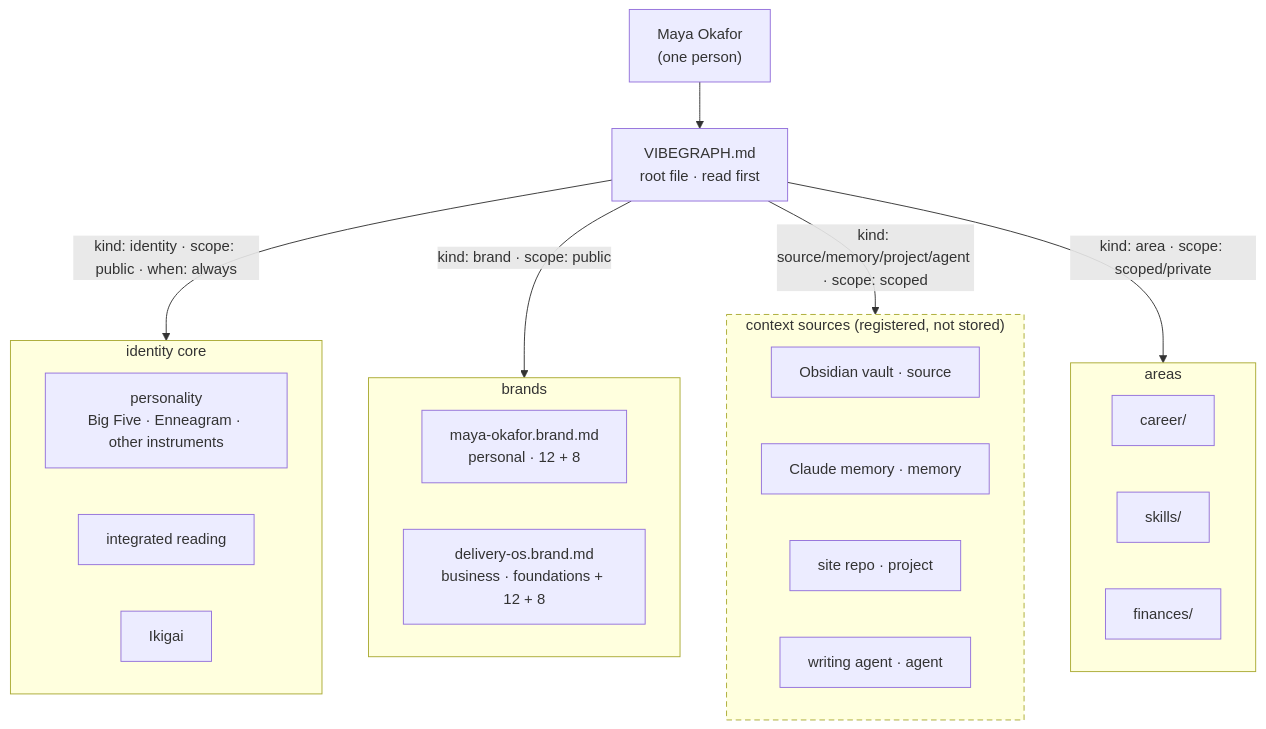
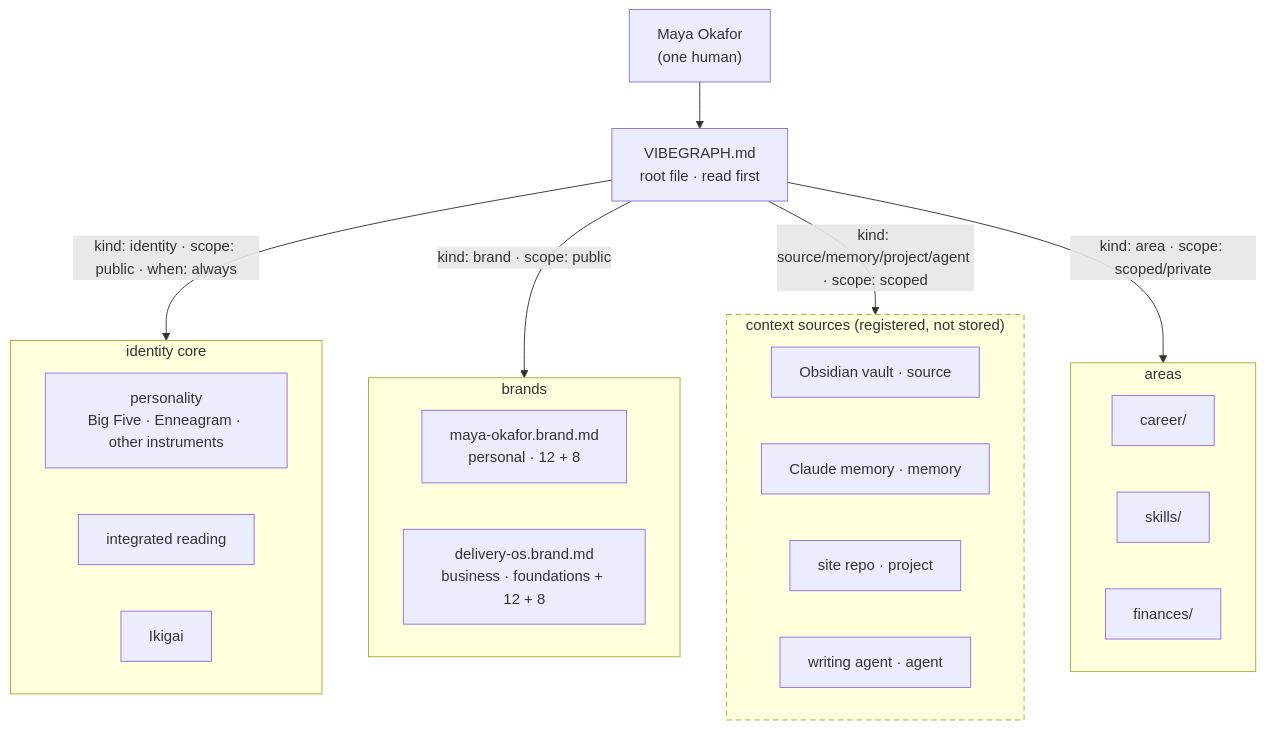
Before and after one commit to vibegraph-ai/vibegraph.md: the first of 4 diagrams in whitepaper/figures/FIGURES-v3.0.md, drawn with Mermaid. The commit also changed 12 other files, not shown here.

First line of the commit message:
"One human" in the remaining places that describe a vibegraph's owner

````diff
--- a/whitepaper/figures/FIGURES-v3.0.md
+++ b/whitepaper/figures/FIGURES-v3.0.md
@@ -19,31 +19,31 @@
 ```mermaid
 flowchart TB
-  O["Maya Okafor<br/>(one person)"]
+  O["Maya Okafor<br/>(one human)"]
   R["VIBEGRAPH.md<br/>root file · read first"]
   O --> R
   subgraph IC["identity core"]
     P["personality<br/>Big Five · Enneagram · other instruments"]
     IR["integrated reading"]
     IK["Ikigai"]
   end
   subgraph B["brands"]
     PB["maya-okafor.brand.md<br/>personal · 12 + 8"]
     BB["delivery-os.brand.md<br/>business · foundations + 12 + 8"]
   end
   subgraph C["context sources (registered, not stored)"]
     C1["Obsidian vault · source"]
     C2["Claude memory · memory"]
     C3["site repo · project"]
     C4["writing agent · agent"]
   end
   subgraph A["areas"]
     A1["career/"]
     A2["skills/"]
     A3["finances/"]
   end
   R -- "kind: identity · scope: public · when: always" --> IC
   R -- "kind: brand · scope: public" --> B
   R -- "kind: source/memory/project/agent · scope: scoped" --> C
   R -- "kind: area · scope: scoped/private" --> A
   style C stroke-dasharray: 6 4
 ```
````
